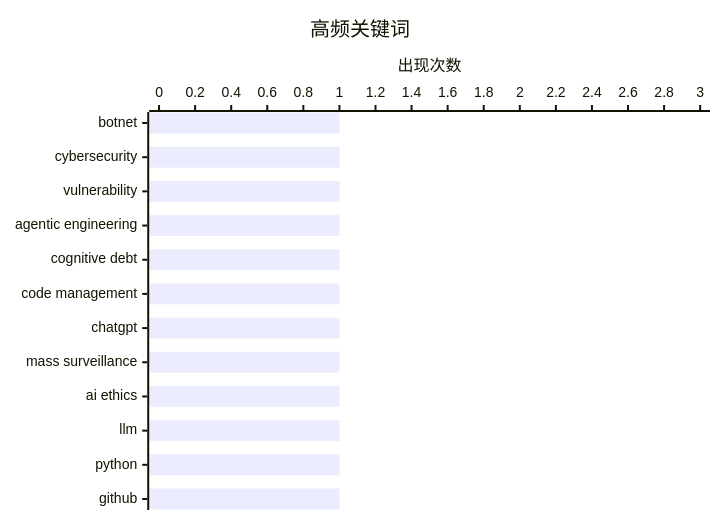
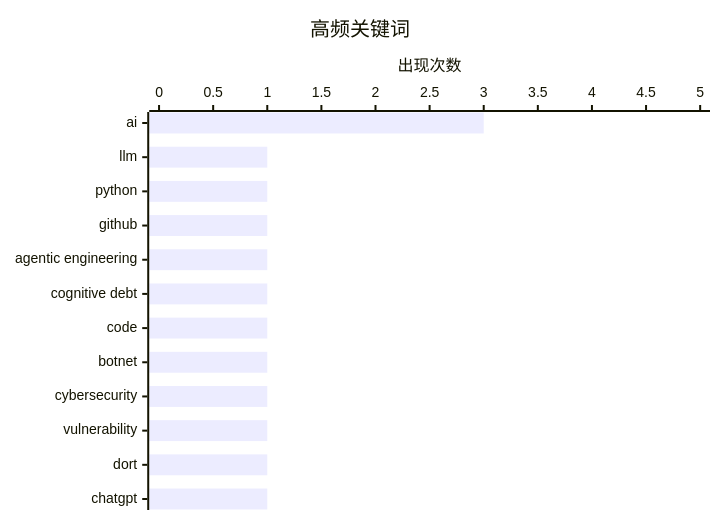
Before and after one commit to gitmeus/daily-reports: the second of 2 diagrams in digest-20260301.md, drawn with Mermaid. The commit also changed other lines of this file, not shown here.

````diff
--- a/digest-20260301.md
+++ b/digest-20260301.md
@@ -66,7 +66,7 @@
 ```mermaid
 xychart-beta horizontal
     title "高频关键词"
-    x-axis ["botnet", "cybersecurity", "vulnerability", "agentic engineering", "cognitive debt", "code management", "chatgpt", "mass surveillance", "ai ethics", "llm", "python", "github"]
-    y-axis "出现次数" 0 --> 3
-    bar [1, 1, 1, 1, 1, 1, 1, 1, 1, 1, 1, 1]
+    x-axis ["ai", "llm", "python", "github", "agentic engineering", "cognitive debt", "code", "botnet", "cybersecurity", "vulnerability", "dort", "chatgpt"]
+    y-axis "出现次数" 0 --> 5
+    bar [3, 1, 1, 1, 1, 1, 1, 1, 1, 1, 1, 1]
 ```
````
